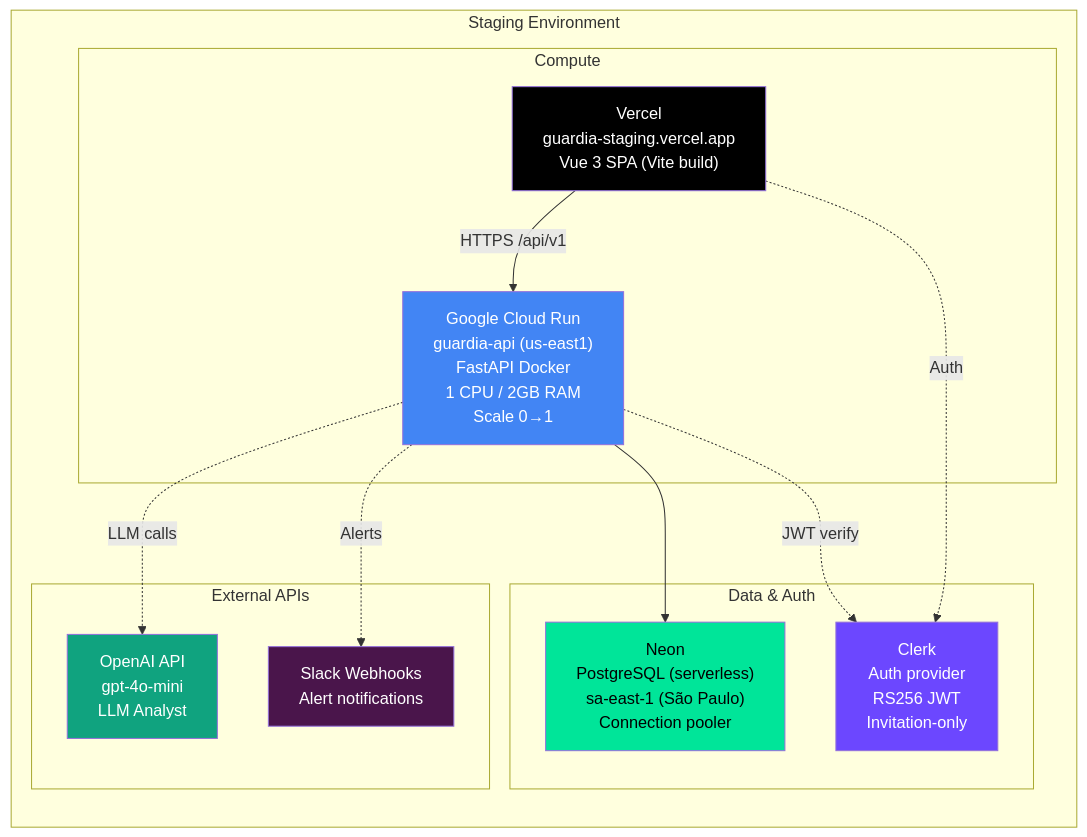
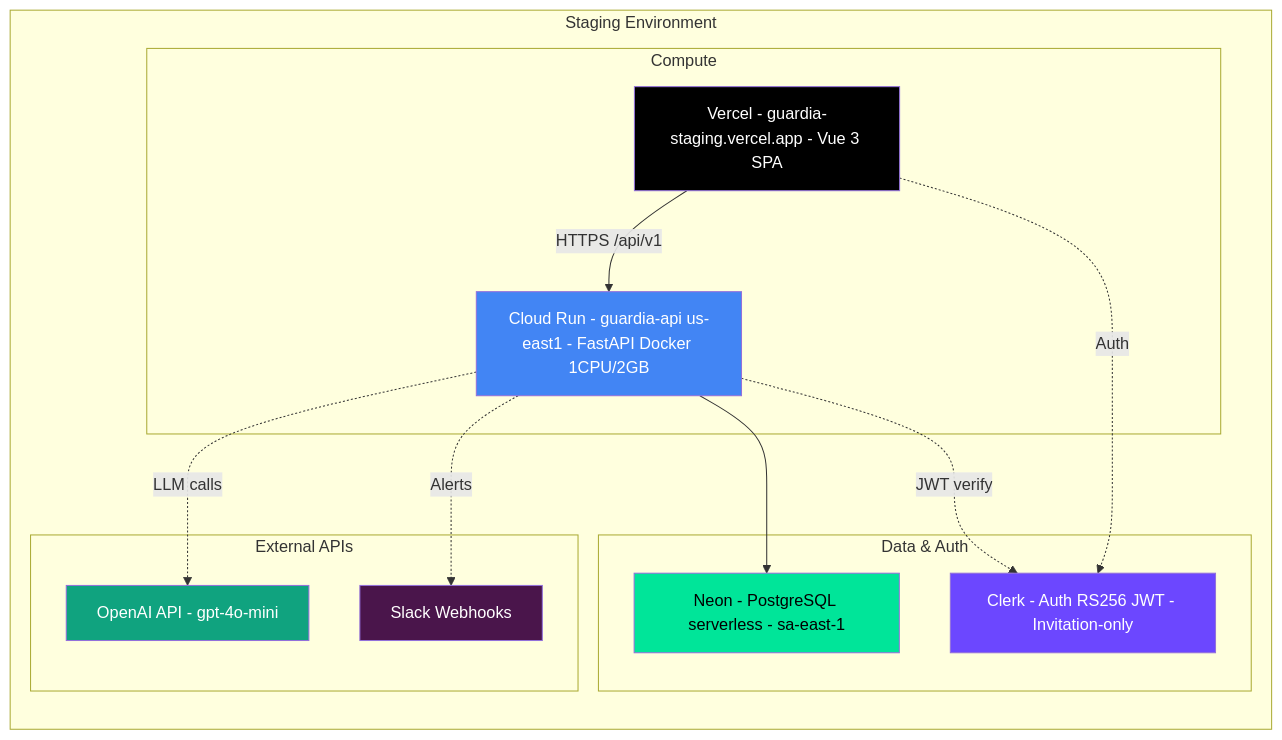
The sixth of 7 diagrams in docs/ARCHITECTURE.md (sogliano/guardia), drawn with Mermaid before and after one commit. The commit also changed other lines of this file and 2 other files, not shown here.

````diff
--- a/docs/ARCHITECTURE.md
+++ b/docs/ARCHITECTURE.md
@@ -646,35 +646,35 @@
 ```mermaid
 graph TB
     subgraph Staging["Staging Environment"]
         direction TB
 
         subgraph Compute["Compute"]
-            VERCEL["Vercel\nguardia-staging.vercel.app\nVue 3 SPA (Vite build)"]
-            CLOUDRUN["Google Cloud Run\nguardia-api (us-east1)\nFastAPI Docker\n1 CPU / 2GB RAM\nScale 0→1"]
+            VERCEL["Vercel - guardia-staging.vercel.app - Vue 3 SPA"]
+            CLOUDRUN["Cloud Run - guardia-api us-east1 - FastAPI Docker 1CPU/2GB"]
         end
 
         subgraph Data["Data & Auth"]
-            NEON["Neon\nPostgreSQL (serverless)\nsa-east-1 (São Paulo)\nConnection pooler"]
-            CLERK2["Clerk\nAuth provider\nRS256 JWT\nInvitation-only"]
+            NEON["Neon - PostgreSQL serverless - sa-east-1"]
+            CLERK2["Clerk - Auth RS256 JWT - Invitation-only"]
         end
 
         subgraph APIs["External APIs"]
-            OAI["OpenAI API\ngpt-4o-mini\nLLM Analyst"]
-            SLACK2["Slack Webhooks\nAlert notifications"]
+            OAI["OpenAI API - gpt-4o-mini"]
+            SLACK2["Slack Webhooks"]
         end
     end
 
     VERCEL -->|"HTTPS /api/v1"| CLOUDRUN
     CLOUDRUN --> NEON
     VERCEL -.->|Auth| CLERK2
     CLOUDRUN -.->|JWT verify| CLERK2
     CLOUDRUN -.->|LLM calls| OAI
     CLOUDRUN -.->|Alerts| SLACK2
 
     style VERCEL fill:#000,color:#fff
     style CLOUDRUN fill:#4285f4,color:#fff
     style NEON fill:#00e599,color:#000
     style CLERK2 fill:#6c47ff,color:#fff
     style OAI fill:#10a37f,color:#fff
     style SLACK2 fill:#4a154b,color:#fff
 ```
````
